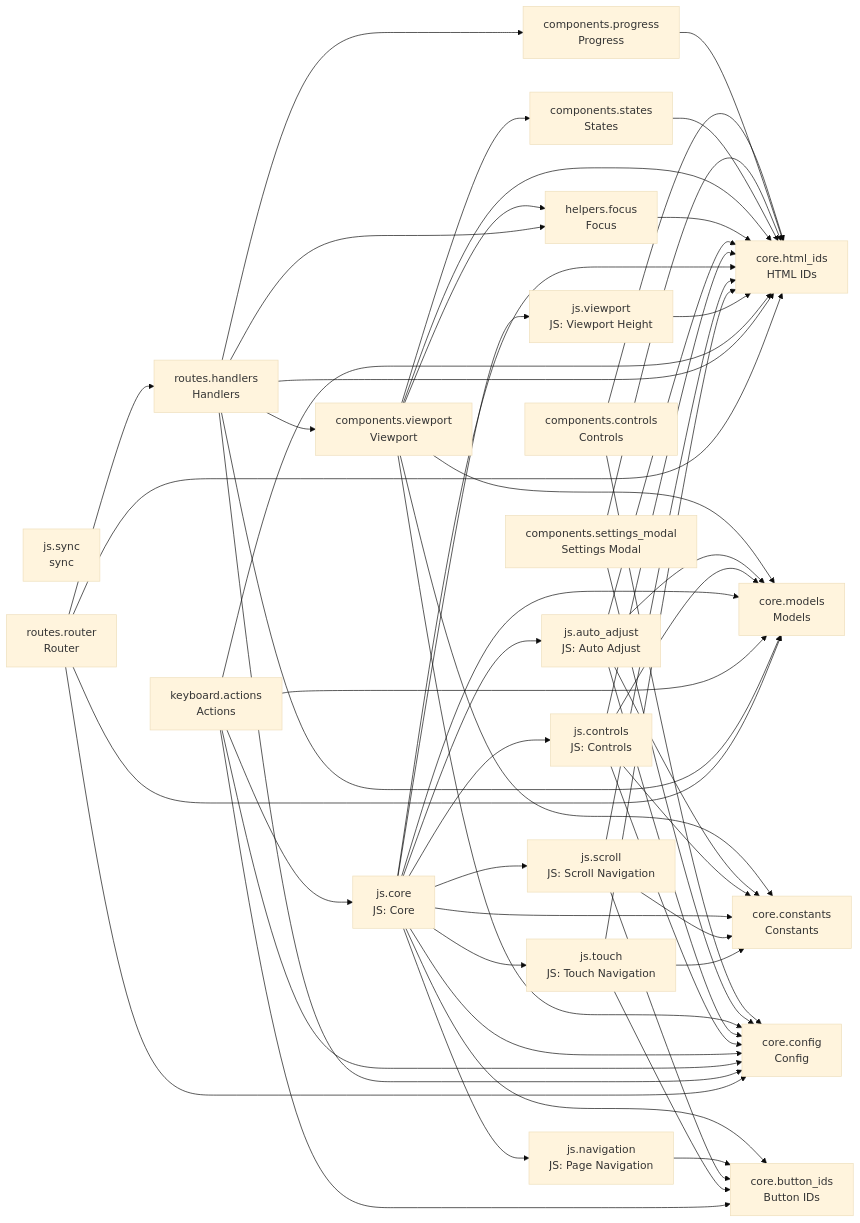
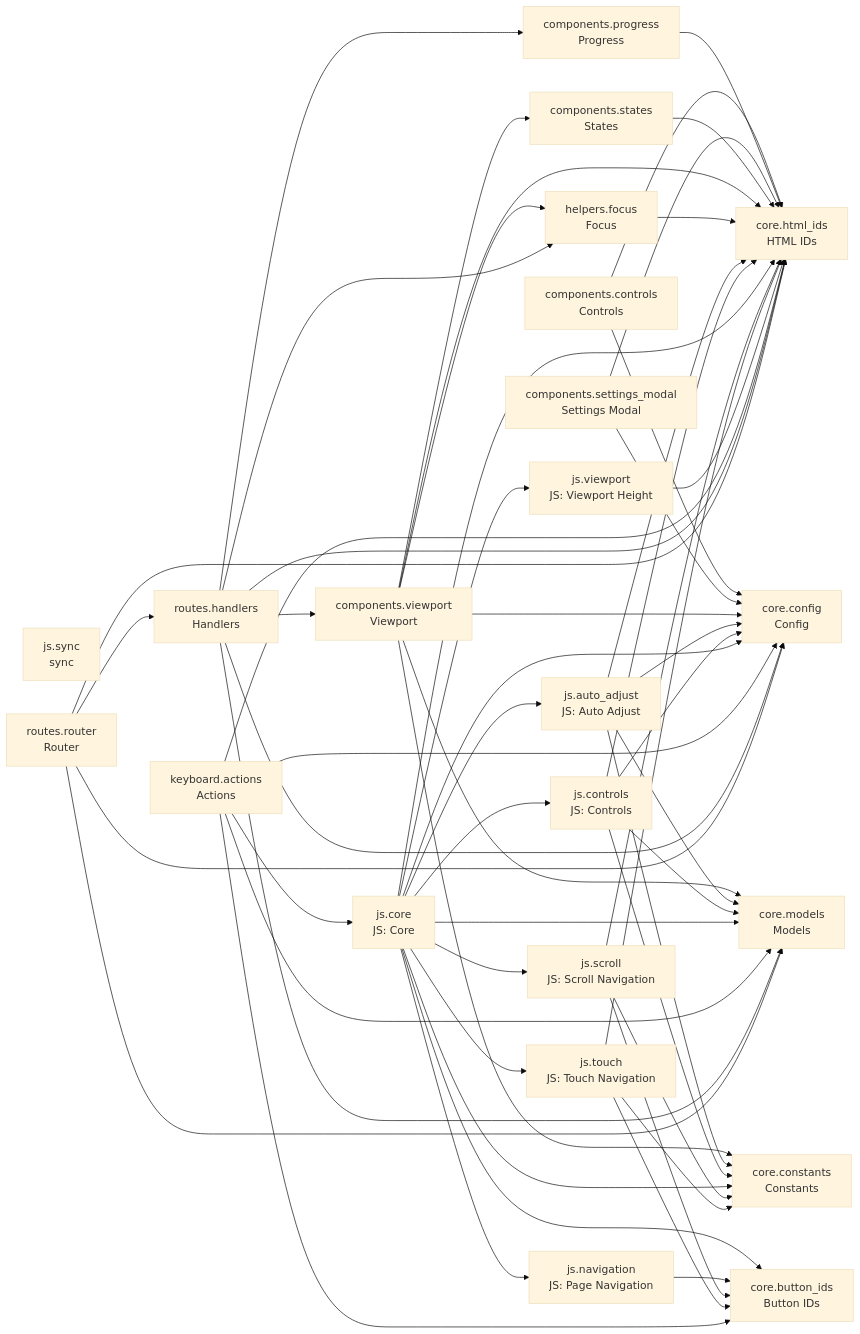
Before and after one commit to cj-mills/cjm-fasthtml-card-stack: the diagram in README.md, drawn with Mermaid (base theme). The commit also changed other lines of this file and 6 other files, not shown here.

````diff
--- a/README.md
+++ b/README.md
@@ -48,81 +48,81 @@
 ``` mermaid
 graph LR
     components_controls[components.controls<br/>Controls]
     components_progress[components.progress<br/>Progress]
     components_settings_modal[components.settings_modal<br/>Settings Modal]
     components_states[components.states<br/>States]
     components_viewport[components.viewport<br/>Viewport]
     core_button_ids[core.button_ids<br/>Button IDs]
     core_config[core.config<br/>Config]
     core_constants[core.constants<br/>Constants]
     core_html_ids[core.html_ids<br/>HTML IDs]
     core_models[core.models<br/>Models]
     helpers_focus[helpers.focus<br/>Focus]
     js_auto_adjust[js.auto_adjust<br/>JS: Auto Adjust]
     js_controls[js.controls<br/>JS: Controls]
     js_core[js.core<br/>JS: Core]
     js_navigation[js.navigation<br/>JS: Page Navigation]
     js_scroll[js.scroll<br/>JS: Scroll Navigation]
     js_sync[js.sync<br/>sync]
     js_touch[js.touch<br/>JS: Touch Navigation]
     js_viewport[js.viewport<br/>JS: Viewport Height]
     keyboard_actions[keyboard.actions<br/>Actions]
     routes_handlers[routes.handlers<br/>Handlers]
     routes_router[routes.router<br/>Router]
 
+    components_controls --> core_html_ids
     components_controls --> core_config
-    components_controls --> core_html_ids
     components_progress --> core_html_ids
+    components_settings_modal --> core_html_ids
     components_settings_modal --> core_config
-    components_settings_modal --> core_html_ids
     components_states --> core_html_ids
+    components_viewport --> core_html_ids
+    components_viewport --> core_config
+    components_viewport --> core_models
     components_viewport --> helpers_focus
-    components_viewport --> core_models
+    components_viewport --> components_states
     components_viewport --> core_constants
-    components_viewport --> core_config
-    components_viewport --> core_html_ids
-    components_viewport --> components_states
     helpers_focus --> core_html_ids
+    js_auto_adjust --> core_html_ids
     js_auto_adjust --> core_config
+    js_auto_adjust --> core_models
     js_auto_adjust --> core_constants
-    js_auto_adjust --> core_html_ids
-    js_auto_adjust --> core_models
-    js_controls --> core_config
     js_controls --> core_constants
     js_controls --> core_html_ids
+    js_controls --> core_config
     js_controls --> core_models
+    js_core --> core_constants
+    js_core --> core_html_ids
+    js_core --> core_config
+    js_core --> core_models
+    js_core --> js_scroll
     js_core --> js_navigation
-    js_core --> core_models
-    js_core --> core_constants
     js_core --> js_viewport
+    js_core --> js_auto_adjust
     js_core --> js_controls
-    js_core --> core_config
-    js_core --> js_scroll
-    js_core --> js_auto_adjust
-    js_core --> core_html_ids
     js_core --> js_touch
     js_core --> core_button_ids
     js_navigation --> core_button_ids
     js_scroll --> core_constants
+    js_scroll --> core_html_ids
     js_scroll --> core_button_ids
-    js_scroll --> core_html_ids
+    js_touch --> core_html_ids
     js_touch --> core_constants
     js_touch --> core_button_ids
-    js_touch --> core_html_ids
     js_viewport --> core_html_ids
+    keyboard_actions --> core_html_ids
+    keyboard_actions --> core_config
     keyboard_actions --> core_models
-    keyboard_actions --> core_config
-    keyboard_actions --> core_html_ids
+    keyboard_actions --> js_core
     keyboard_actions --> core_button_ids
-    keyboard_actions --> js_core
+    routes_handlers --> core_html_ids
+    routes_handlers --> core_config
+    routes_handlers --> core_models
     routes_handlers --> components_viewport
-    routes_handlers --> core_models
-    routes_handlers --> core_config
+    routes_handlers --> helpers_focus
     routes_handlers --> components_progress
-    routes_handlers --> core_html_ids
-    routes_handlers --> helpers_focus
+    routes_router --> core_html_ids
+    routes_router --> core_config
     routes_router --> routes_handlers
     routes_router --> core_models
-    routes_router --> core_config
-    routes_router --> core_html_ids
 ```
````
